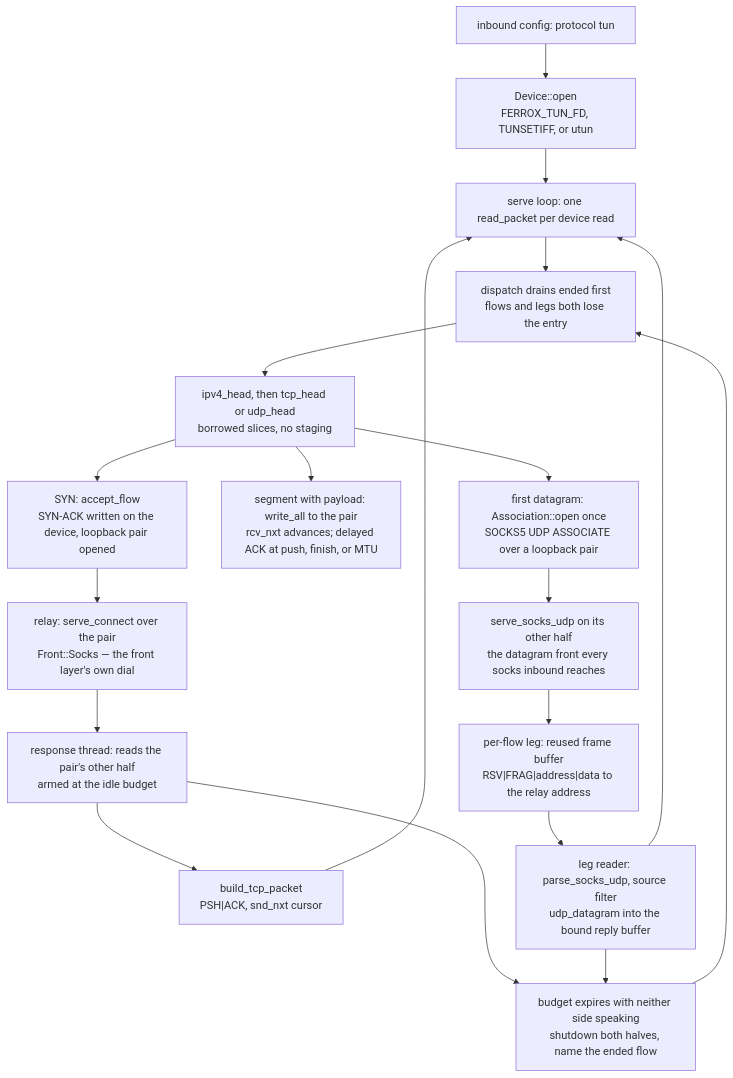
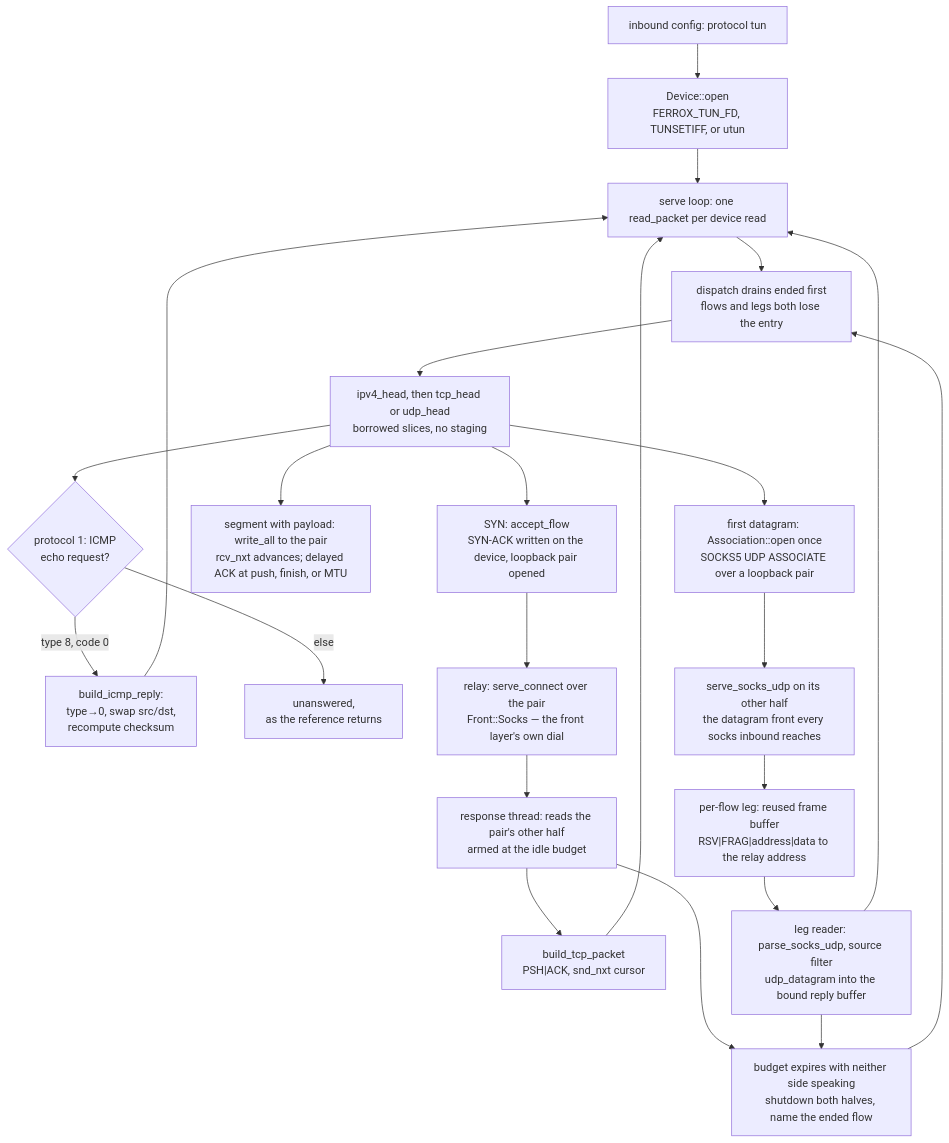
One commit to Ferrocite/ferrox changed the diagram in docs/function/front-tun.md. Above: the diagram before and after it, drawn with Mermaid. The commit also changed other lines of this file and 4 other files, not shown here.

Commit message:
tun: answer an ICMP echo request off the device as its own destination would

````diff
--- a/docs/function/front-tun.md
+++ b/docs/function/front-tun.md
@@ -41,21 +42,25 @@
 ```mermaid
 graph TD
     A["inbound config: protocol tun"] --> B["Device::open<br/>FERROX_TUN_FD, TUNSETIFF, or utun"]
     B --> C["serve loop: one read_packet per device read"]
     C --> O["dispatch drains ended first<br/>flows and legs both lose the entry"]
     O --> D["ipv4_head, then tcp_head or udp_head<br/>borrowed slices, no staging"]
+    D --> IC{"protocol 1: ICMP<br/>echo request?"}
+    IC -- "type 8, code 0" --> ICa["build_icmp_reply:<br/>type→0, swap src/dst,<br/>recompute checksum"]
+    ICa --> C
+    IC -- "else" --> ICx["unanswered,<br/>as the reference returns"]
     D --> E["SYN: accept_flow<br/>SYN-ACK written on the device, loopback pair opened"]
     E --> F["relay: serve_connect over the pair<br/>Front::Socks — the front layer's own dial"]
     D --> G["segment with payload: write_all to the pair<br/>rcv_nxt advances; delayed ACK at push, finish, or MTU"]
     F --> H["response thread: reads the pair's other half<br/>armed at the idle budget"]
     H --> I["build_tcp_packet<br/>PSH|ACK, snd_nxt cursor"]
     I --> C
     D --> J["first datagram: Association::open once<br/>SOCKS5 UDP ASSOCIATE over a loopback pair"]
     J --> K["serve_socks_udp on its other half<br/>the datagram front every socks inbound reaches"]
     K --> L["per-flow leg: reused frame buffer<br/>RSV|FRAG|address|data to the relay address"]
     L --> M["leg reader: parse_socks_udp, source filter<br/>udp_datagram into the bound reply buffer"]
     M --> C
     H --> N["budget expires with neither side speaking<br/>shutdown both halves, name the ended flow"]
     M --> N
     N --> O
 ```
````
